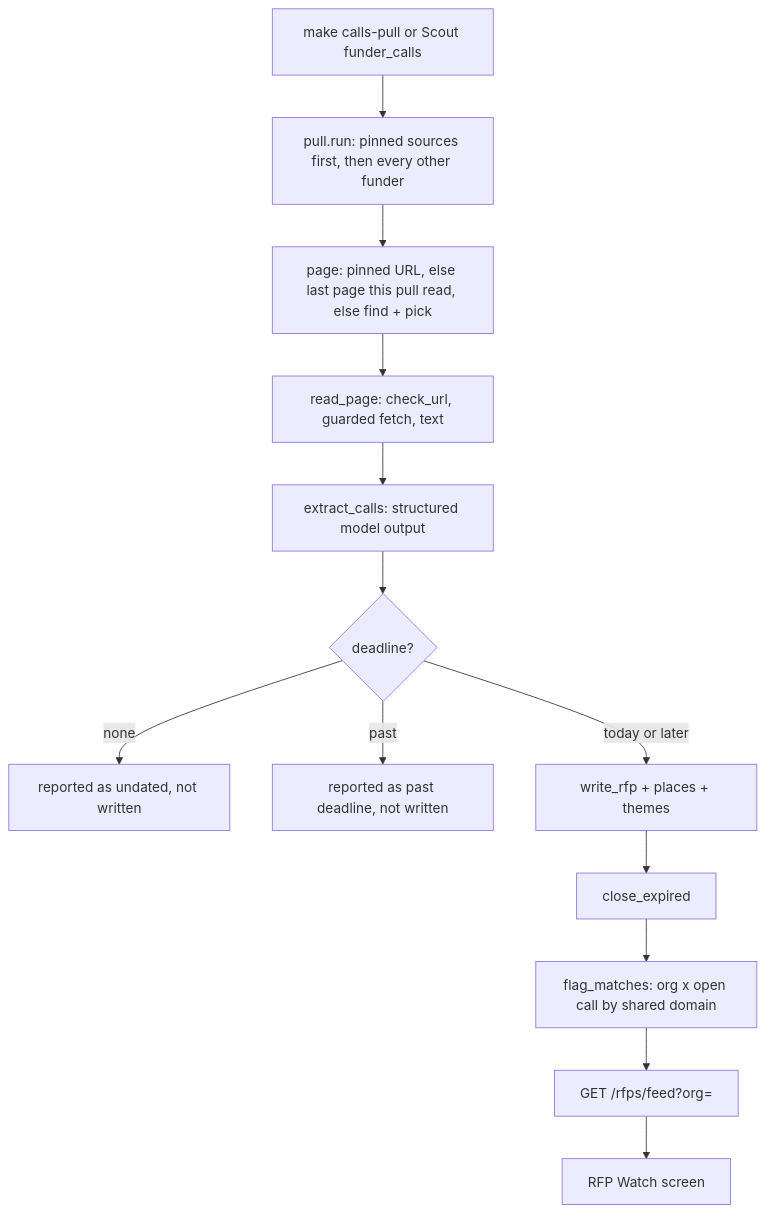
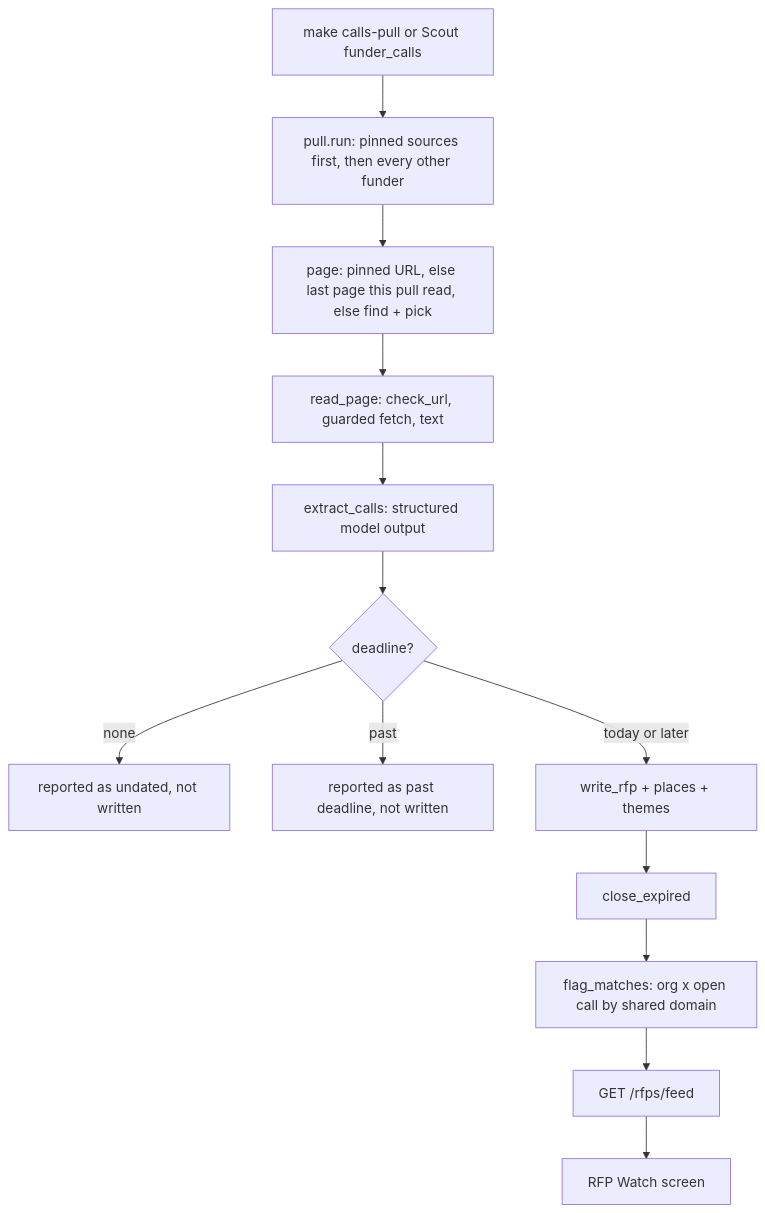
The diagram in openwiki/architecture/rfp-watch.md (project-tech4dev/sangam), drawn with Mermaid before and after one commit. The commit also changed other lines of this file and 107 other files, not shown here.

````diff
--- a/openwiki/architecture/rfp-watch.md
+++ b/openwiki/architecture/rfp-watch.md
@@ -90,15 +98,15 @@
 ```mermaid
 flowchart TD
     A["make calls-pull or Scout funder_calls"] --> B["pull.run: pinned sources first, then every other funder"]
     B --> C["page: pinned URL, else last page this pull read, else find + pick"]
     C --> D["read_page: check_url, guarded fetch, text"]
     D --> E["extract_calls: structured model output"]
     E --> F{"deadline?"}
     F -->|"none"| G["reported as undated, not written"]
     F -->|"past"| H["reported as past deadline, not written"]
     F -->|"today or later"| I["write_rfp + places + themes"]
     I --> J["close_expired"]
     J --> K["flag_matches: org x open call by shared domain"]
-    K --> L["GET /rfps/feed?org="]
+    K --> L["GET /rfps/feed"]
     L --> M["RFP Watch screen"]
 ```
````
